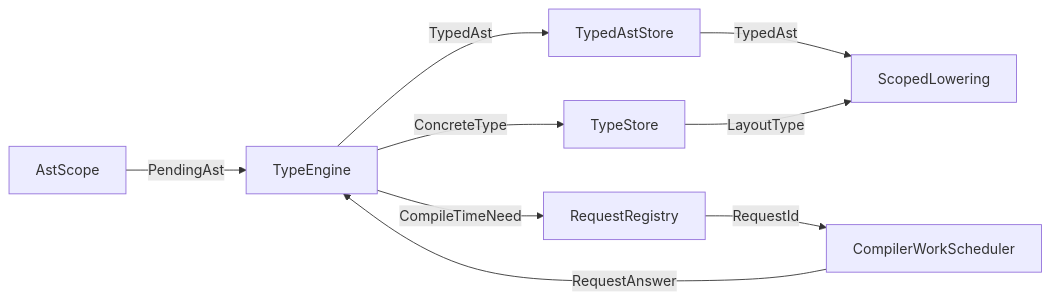
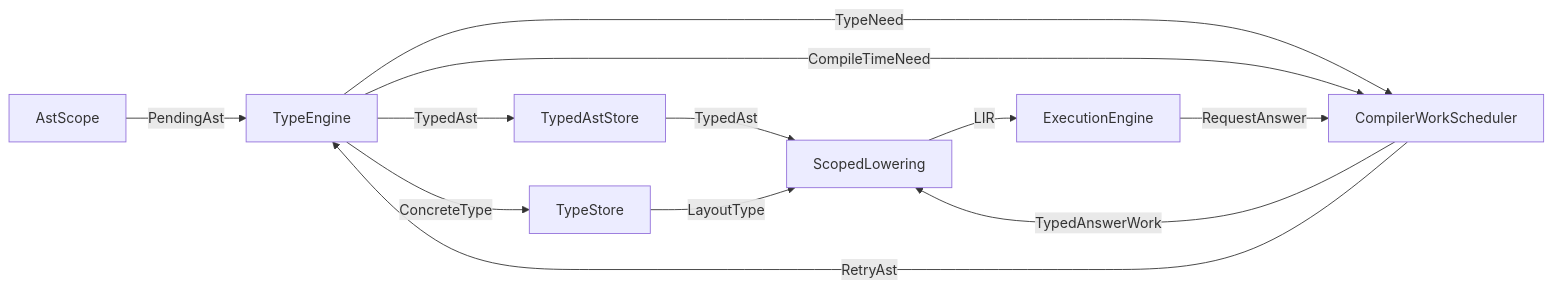
The diagram in docs/Types.md (JakkuSakura/FerroPhase), drawn with Mermaid before and after one commit. The commit also changed other lines of this file and 26 other files, not shown here.

First line of the commit message:
feat(compiler): add CompilerScheduler with LIFO stack and blocking support

````diff
--- a/docs/Types.md
+++ b/docs/Types.md
@@ -23,11 +23,14 @@
 ```mermaid
 flowchart LR
     AstScope[AstScope] -->|PendingAst| TypeEngine[TypeEngine]
     TypeEngine -->|TypedAst| TypedStore[TypedAstStore]
-    TypeEngine -->|CompileTimeNeed| RequestRegistry[RequestRegistry]
-    RequestRegistry -->|RequestId| CompilerWorkScheduler[CompilerWorkScheduler]
-    CompilerWorkScheduler -->|RequestAnswer| TypeEngine
-    TypedStore -->|TypedAst| ScopedLowering[ScopedLowering]
+    TypeEngine -->|TypeNeed| CompilerWorkScheduler[CompilerWorkScheduler]
+    TypeEngine -->|CompileTimeNeed| CompilerWorkScheduler
+    CompilerWorkScheduler -->|TypedAnswerWork| ScopedLowering[ScopedLowering]
+    ScopedLowering -->|LIR| ExecutionEngine[ExecutionEngine]
+    ExecutionEngine -->|RequestAnswer| CompilerWorkScheduler
+    CompilerWorkScheduler -->|RetryAst| TypeEngine
+    TypedStore -->|TypedAst| ScopedLowering
     TypeEngine -->|ConcreteType| TypeStore[TypeStore]
     TypeStore -->|LayoutType| ScopedLowering
 ```
````
